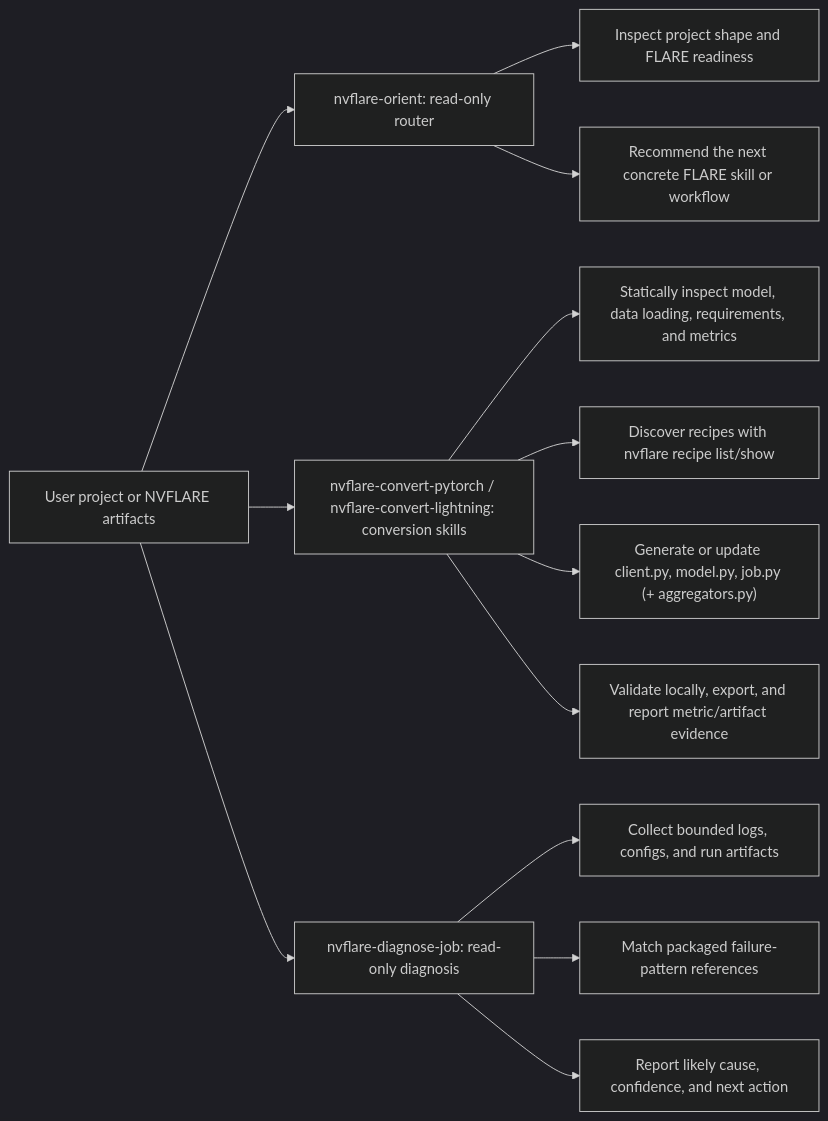
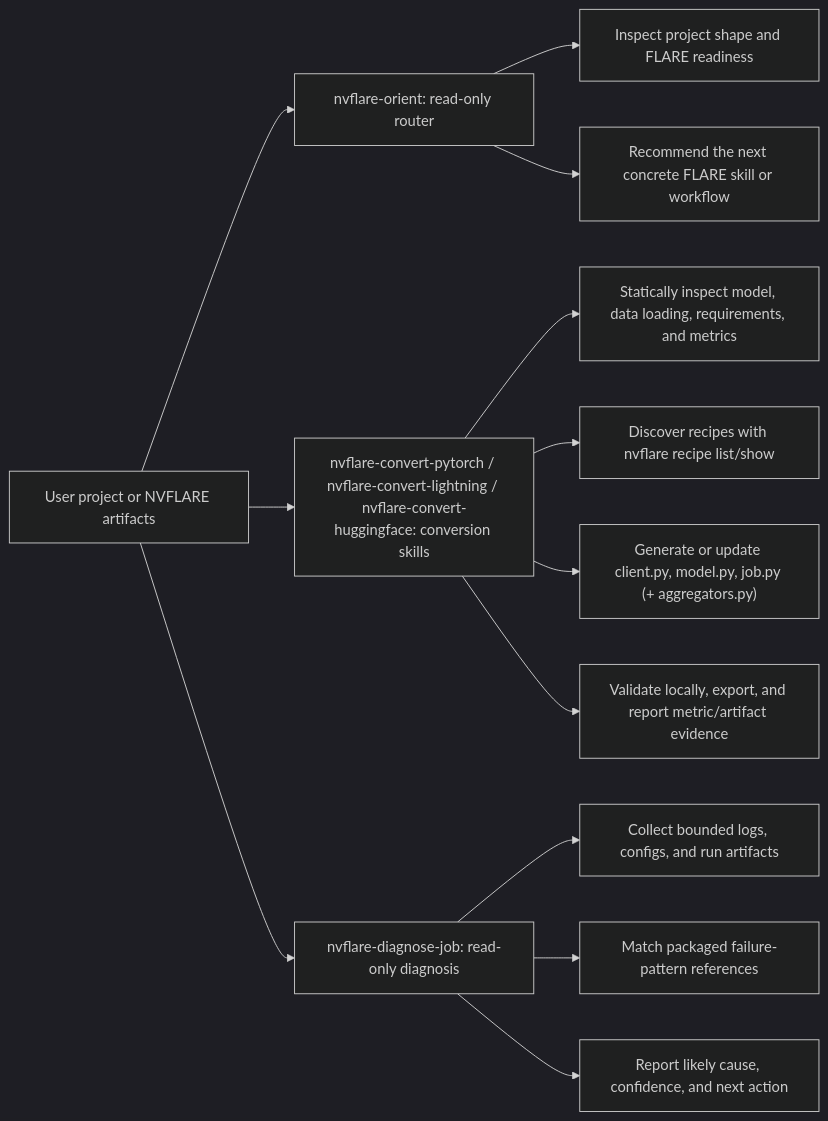
One commit to NVIDIA/NVFlare changed the fifth of 5 diagrams in docs/design/skills_architecture.md. Above: the diagram before and after it, drawn with Mermaid (dark theme). The commit also changed other lines of this file and 6 other files, not shown here.

````diff
--- a/docs/design/skills_architecture.md
+++ b/docs/design/skills_architecture.md
@@ -224,18 +225,18 @@
 ```mermaid
 flowchart LR
     Project["User project or NVFLARE artifacts"] --> Orient["nvflare-orient: read-only router"]
-    Project --> Convert["nvflare-convert-pytorch / nvflare-convert-lightning: conversion skills"]
+    Project --> Convert["nvflare-convert-pytorch / nvflare-convert-lightning / nvflare-convert-huggingface: conversion skills"]
     Project --> Diagnose["nvflare-diagnose-job: read-only diagnosis"]
 
     Orient --> OrientInspect["Inspect project shape and FLARE readiness"]
     Orient --> OrientDecision["Recommend the next concrete FLARE skill or workflow"]
 
     Convert --> ConvertInspect["Statically inspect model, data loading, requirements, and metrics"]
     Convert --> RecipeList["Discover recipes with nvflare recipe list/show"]
     Convert --> ClientAPI["Generate or update client.py, model.py, job.py (+ aggregators.py)"]
     Convert --> Validate["Validate locally, export, and report metric/artifact evidence"]
 
     Diagnose --> Evidence["Collect bounded logs, configs, and run artifacts"]
     Diagnose --> Patterns["Match packaged failure-pattern references"]
     Diagnose --> Cause["Report likely cause, confidence, and next action"]
 ```
````
